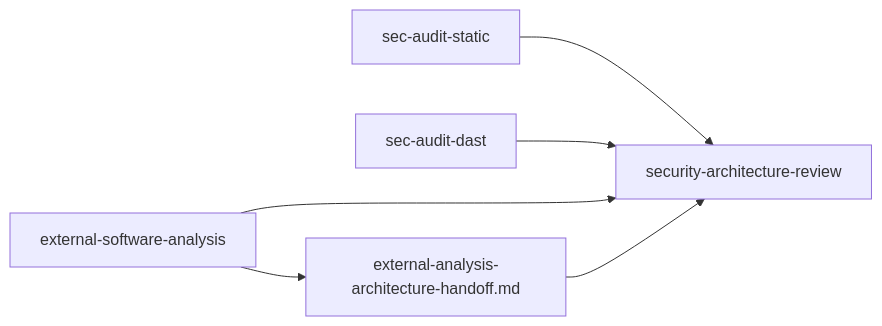
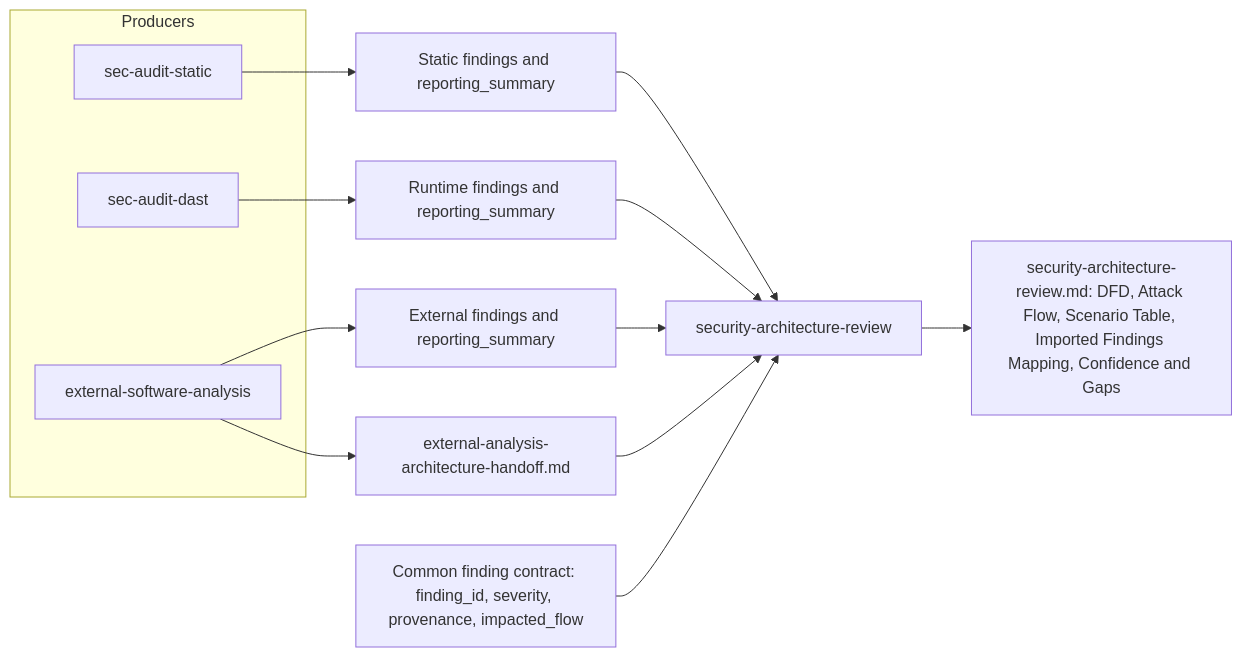
One commit to windshock/oh-my-secuaudit changed the diagram in README.md. Above: the diagram before and after it, drawn with Mermaid. The commit also changed other lines of this file, not shown here.

Commit message:
Expand README with actionable cross-skill architecture

````diff
--- a/README.md
+++ b/README.md
@@ -14,8 +23,23 @@
 ```mermaid
 flowchart LR
-    S["sec-audit-static"] --> R["security-architecture-review"]
-    D["sec-audit-dast"] --> R
-    E["external-software-analysis"] --> R
-    E --> H["external-analysis-architecture-handoff.md"]
-    H --> R
+    subgraph Producers
+        S["sec-audit-static"]
+        D["sec-audit-dast"]
+        E["external-software-analysis"]
+    end
+
+    S --> SO["Static findings and reporting_summary"]
+    D --> DO["Runtime findings and reporting_summary"]
+    E --> EO["External findings and reporting_summary"]
+    E --> EH["external-analysis-architecture-handoff.md"]
+
+    C["Common finding contract: finding_id, severity, provenance, impacted_flow"]
+
+    SO --> R["security-architecture-review"]
+    DO --> R
+    EO --> R
+    EH --> R
+    C --> R
+
+    R --> O["security-architecture-review.md: DFD, Attack Flow, Scenario Table, Imported Findings Mapping, Confidence and Gaps"]
 ```
````
